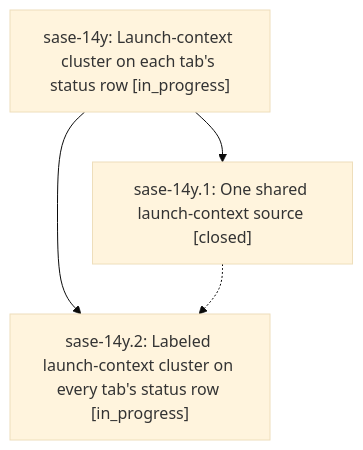
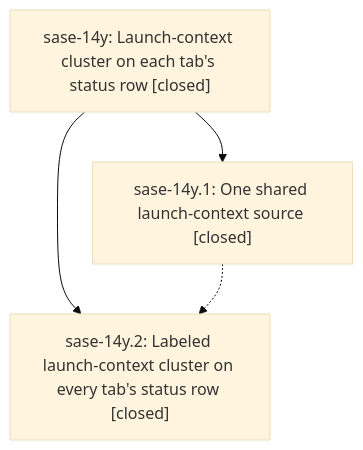
The diagram in pages/sase-14y/README.md (sase-org/sase--beads), drawn with Mermaid (base theme) before and after one commit. The commit also changed other lines of this file and 2 other files, not shown here.

First line of the commit message:
chore(beads): sync bead state and pages for sase-14y

````diff
--- a/pages/sase-14y/README.md
+++ b/pages/sase-14y/README.md
@@ -35,9 +39,9 @@
 ```mermaid
 flowchart TD
-    n0["sase-14y: Launch-context cluster on each tab's status row [in_progress]"]
+    n0["sase-14y: Launch-context cluster on each tab's status row [closed]"]
     n1["sase-14y.1: One shared launch-context source [closed]"]
-    n2["sase-14y.2: Labeled launch-context cluster on every tab's status row [in_progress]"]
+    n2["sase-14y.2: Labeled launch-context cluster on every tab's status row [closed]"]
     n0 --> n1
     n0 --> n2
     n1 -.-> n2
 ```
````
